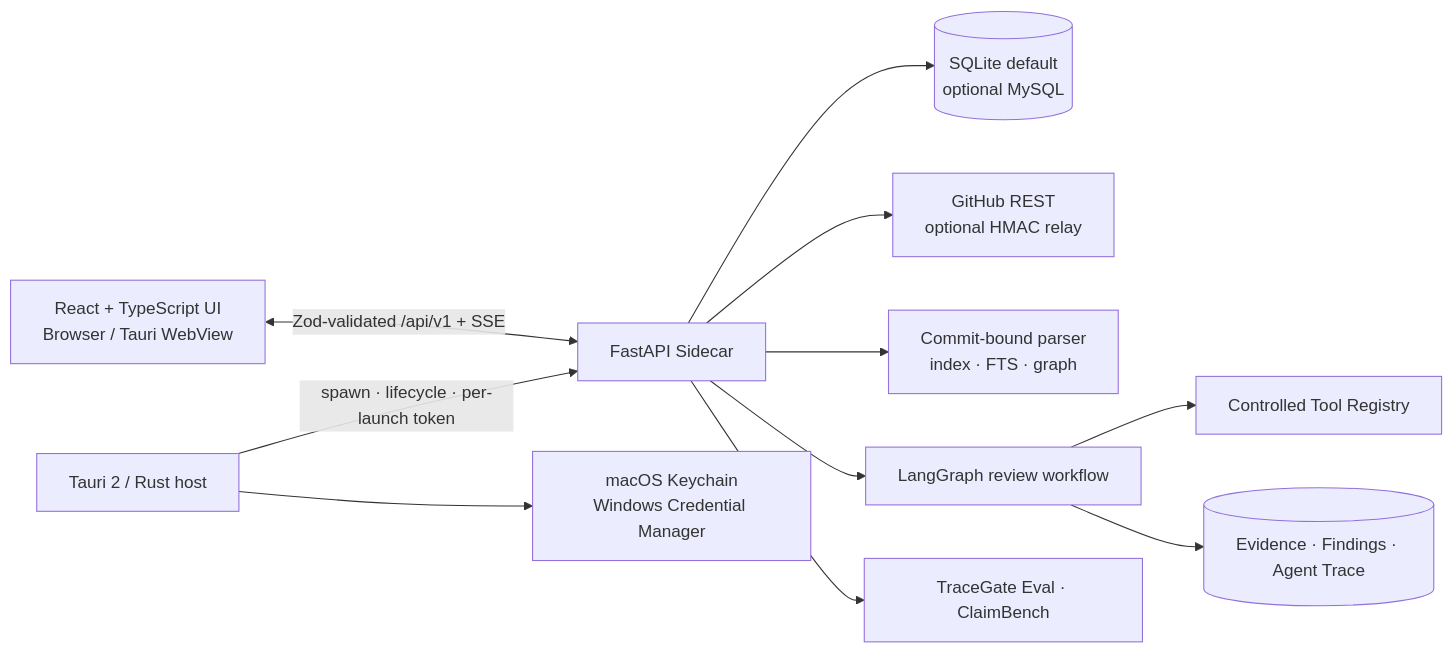
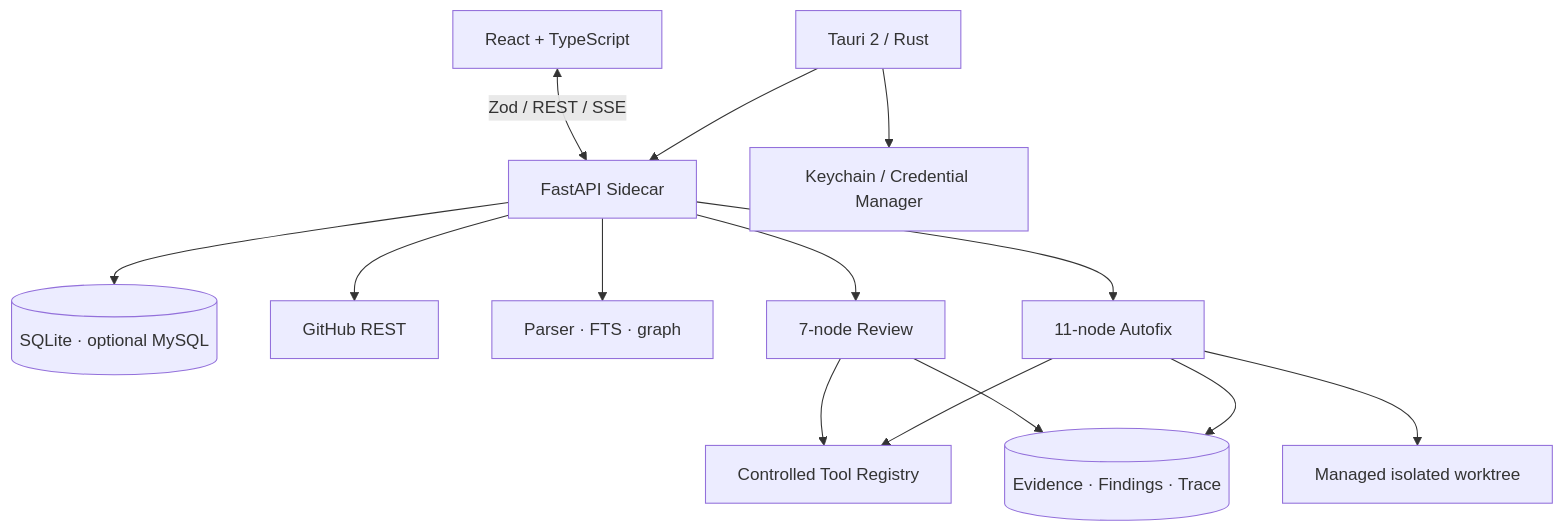
The fourth of 4 diagrams in README.md (Chloiris/TraceGate-Eval), drawn with Mermaid before and after one commit. The commit also changed other lines of this file and 30 other files, not shown here.

Commit message:
docs: present verified Autofix architecture and evidence

````diff
--- a/README.md
+++ b/README.md
@@ -104,13 +217,16 @@
 ```mermaid
-flowchart LR
-  UI["React + TypeScript UI<br/>Browser / Tauri WebView"] <-->|"Zod-validated /api/v1 + SSE"| API["FastAPI Sidecar"]
-  HOST["Tauri 2 / Rust host"] -->|"spawn · lifecycle · per-launch token"| API
-  HOST --> VAULT["macOS Keychain<br/>Windows Credential Manager"]
-  API --> DB[("SQLite default<br/>optional MySQL")]
-  API --> GH["GitHub REST<br/>optional HMAC relay"]
-  API --> IDX["Commit-bound parser<br/>index · FTS · graph"]
-  API --> WF["LangGraph review workflow"]
-  WF --> TOOLS["Controlled Tool Registry"]
-  WF --> TRACE[("Evidence · Findings · Agent Trace")]
-  API --> EVAL["TraceGate Eval · ClaimBench"]
+flowchart TB
+  UI["React + TypeScript"] <-->|"Zod / REST / SSE"| API["FastAPI Sidecar"]
+  HOST["Tauri 2 / Rust"] --> API
+  HOST --> VAULT["Keychain / Credential Manager"]
+  API --> DB[("SQLite · optional MySQL")]
+  API --> GH["GitHub REST"]
+  API --> IDX["Parser · FTS · graph"]
+  API --> REVIEW["7-node Review"]
+  API --> FIX["11-node Autofix"]
+  REVIEW --> REG["Controlled Tool Registry"]
+  FIX --> REG
+  FIX --> WT["Managed isolated worktree"]
+  REVIEW --> TRACE[("Evidence · Findings · Trace")]
+  FIX --> TRACE
 ```
````
